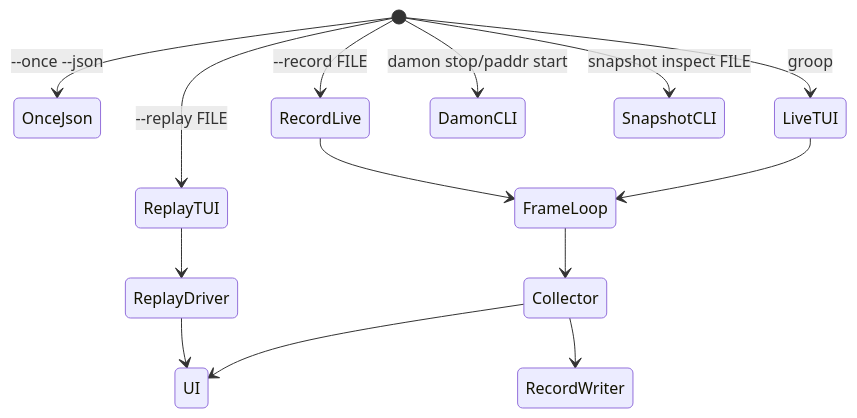
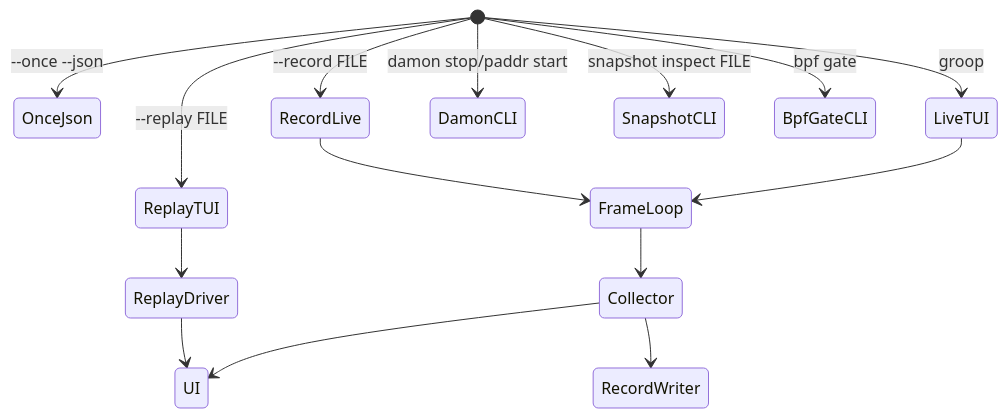
One commit to volkb79-2/vbpub changed the second of 3 diagrams in groop/docs/ARCHITECTURE.md. Above: the diagram before and after it, drawn with Mermaid. The commit also changed other lines of this file and 10 other files, not shown here.

Commit message:
groop: add P17 BPF measurement gate

````diff
--- a/groop/docs/ARCHITECTURE.md
+++ b/groop/docs/ARCHITECTURE.md
@@ -66,18 +68,19 @@
 ```mermaid
 stateDiagram-v2
     [*] --> OnceJson: --once --json
     [*] --> LiveTUI: groop
     [*] --> RecordLive: --record FILE
     [*] --> ReplayTUI: --replay FILE
     [*] --> DamonCLI: damon stop/paddr start
     [*] --> SnapshotCLI: snapshot inspect FILE
+    [*] --> BpfGateCLI: bpf gate
 
     LiveTUI --> FrameLoop
     RecordLive --> FrameLoop
     FrameLoop --> Collector
     Collector --> UI
     Collector --> RecordWriter
 
     ReplayTUI --> ReplayDriver
     ReplayDriver --> UI
 ```
````
